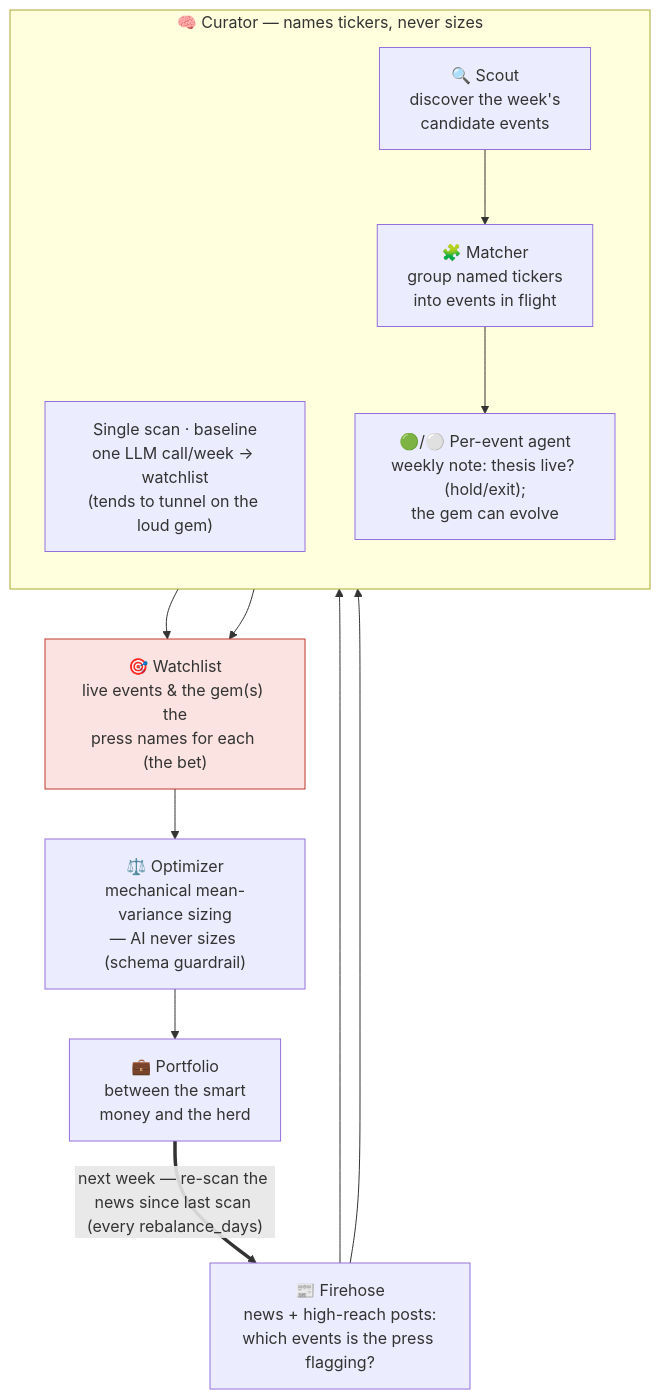
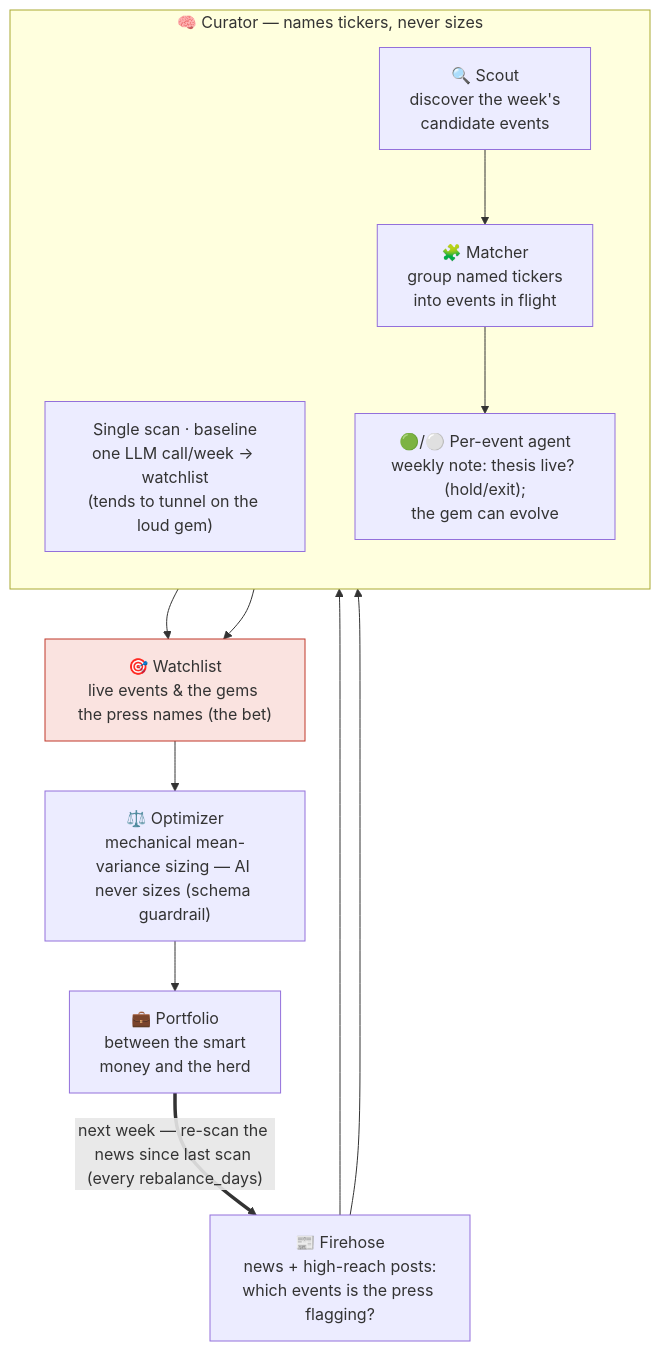
One commit to joehahn/geo-herd-rider changed the diagram in README.md. Above: the diagram before and after it, drawn with Mermaid.

Commit message:
README: tidy Watchlist/Optimizer diagram boxes (fewer line breaks)
Collapse the mid-phrase <br/> in the Watchlist and Optimizer nodes to a single
clean description line each.

````diff
--- a/README.md
+++ b/README.md
@@ -22,27 +22,27 @@
 ```mermaid
 flowchart TD
     S["📰 Firehose<br/>news + high-reach posts:<br/>which events is the press flagging?"]
 
     subgraph CUR["🧠 Curator — names tickers, never sizes"]
       direction TB
       SS["Single scan · baseline<br/>one LLM call/week → watchlist<br/>(tends to tunnel on the loud gem)"]
       SC["🔍 Scout<br/>discover the week's<br/>candidate events"]
       MA["🧩 Matcher<br/>group named tickers<br/>into events in flight"]
       AG["🟢/⚪ Per-event agent<br/>weekly note: thesis live? (hold/exit);<br/>the gem can evolve"]
       SC --> MA --> AG
     end
 
-    E["🎯 Watchlist<br/>live events & the gem(s) the<br/>press names for each (the bet)"]
-    W["⚖️ Optimizer<br/>mechanical mean-variance sizing<br/>— AI never sizes (schema guardrail)"]
+    E["🎯 Watchlist<br/>live events & the gems the press names (the bet)"]
+    W["⚖️ Optimizer<br/>mechanical mean-variance sizing — AI never sizes (schema guardrail)"]
     B["💼 Portfolio<br/>between the smart<br/>money and the herd"]
 
     S --> SS
     S --> SC
     SS --> E
     AG --> E
     E --> W --> B
     B == "next week — re-scan the news since last scan (every rebalance_days)" ==> S
 
     classDef bet fill:#fae3e0,stroke:#c0392b;
     class E bet
 ```
````
